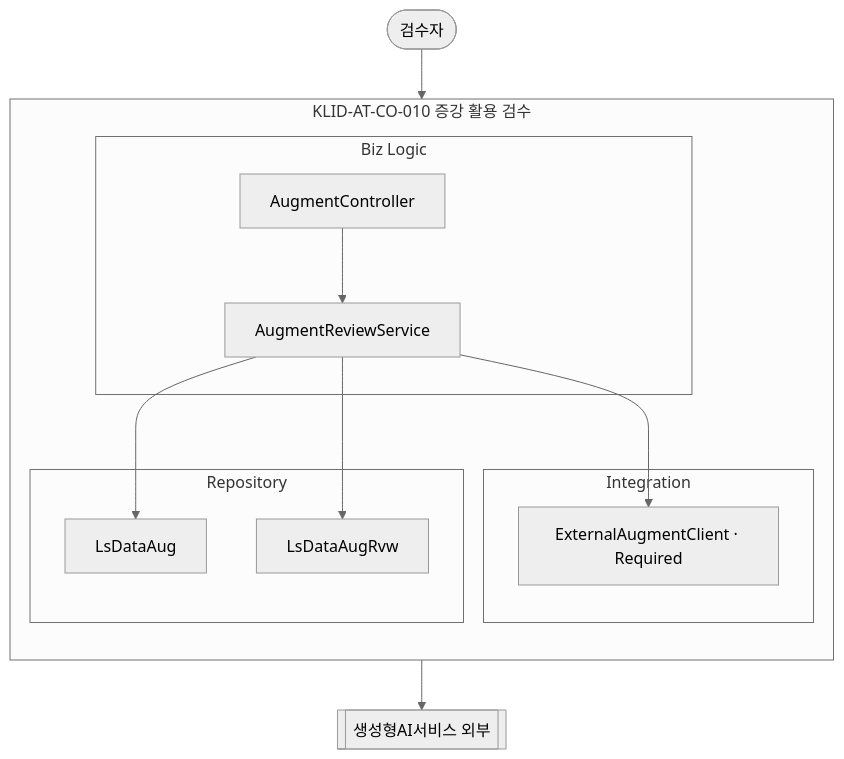
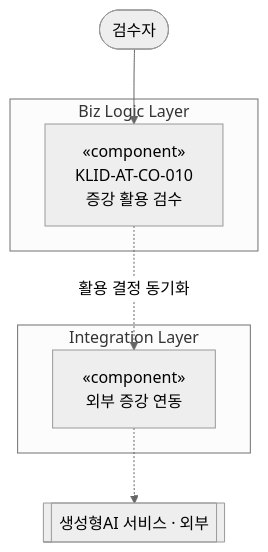
One commit to New-stella/klid-label changed the tenth of 18 diagrams in docs/design/D3-컴포넌트설계서.md. Above: the diagram before and after it, drawn with Mermaid (neutral theme). The commit also changed other lines of this file and 10 other files, not shown here.

````diff
--- a/docs/design/D3-컴포넌트설계서.md
+++ b/docs/design/D3-컴포넌트설계서.md
@@ -309,25 +213,14 @@
 ```mermaid
 flowchart TD
     REVIEWER([검수자])
-    GENAI[[생성형AI서비스 외부]]
-    subgraph CO010[KLID-AT-CO-010 증강 활용 검수]
-        direction TB
-        subgraph BIZ10[Biz Logic]
-            ACT[AugmentController]
-            ARV[AugmentReviewService]
-        end
-        subgraph INT10[Integration]
-            EAC10[ExternalAugmentClient · Required]
-        end
-        subgraph REP10[Repository]
-            AUG10[LsDataAug]
-            ARW[LsDataAugRvw]
-        end
-        ACT --> ARV
-        ARV --> AUG10
-        ARV --> ARW
-        ARV --> EAC10
+    GENAI[[생성형AI 서비스 · 외부]]
+    subgraph BIZ10[Biz Logic Layer]
+        CO010["«component»<br/>KLID-AT-CO-010<br/>증강 활용 검수"]
     end
-    REVIEWER --> ACT
-    EAC10 --> GENAI
+    subgraph INT10[Integration Layer]
+        EXTAUG10["«component»<br/>외부 증강 연동"]
+    end
+    REVIEWER --> CO010
+    CO010 -.활용 결정 동기화.-> EXTAUG10
+    EXTAUG10 -.-> GENAI
 ```
````
